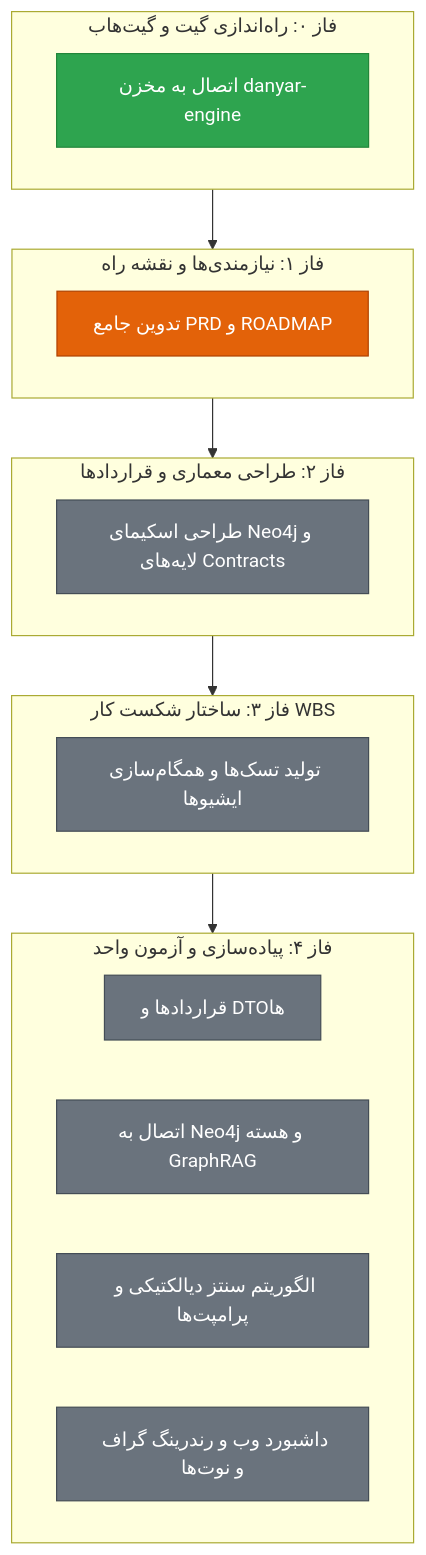
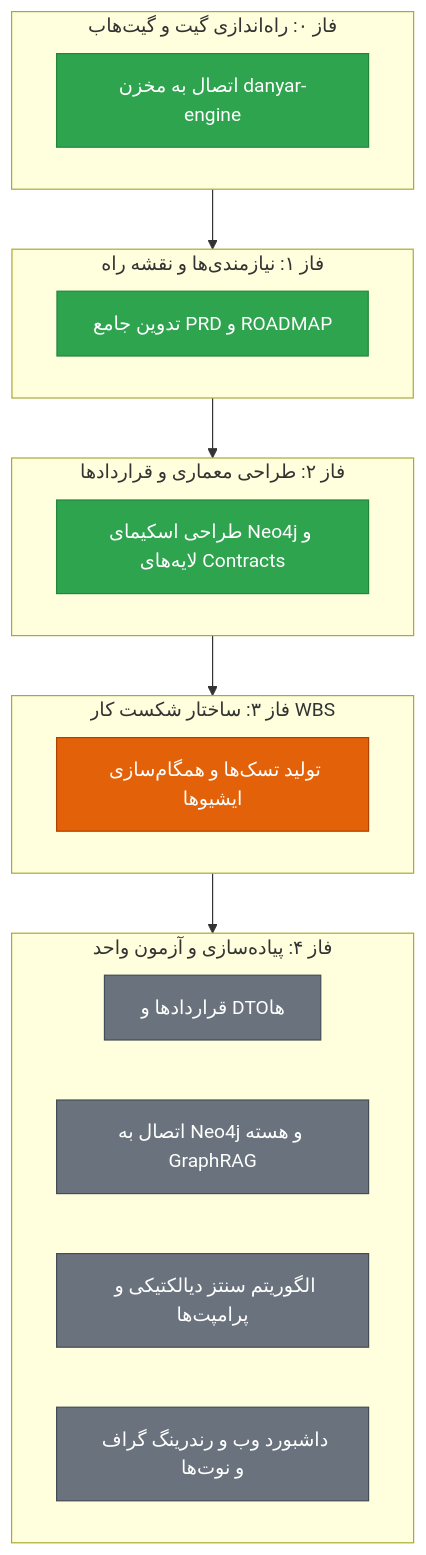
Before and after one commit to Armin-MA/danyar-engine: the second of 2 diagrams in specs/ROADMAP.md, drawn with Mermaid. The commit also changed other lines of this file and 1 other file, not shown here.

Commit message:
docs(specs): finalize architecture and contracts at Gate 2

````diff
--- a/specs/ROADMAP.md
+++ b/specs/ROADMAP.md
@@ -42,31 +42,31 @@
 ```mermaid
 flowchart TD
     classDef done fill:#2ea44f,stroke:#22863a,color:#fff
     classDef active fill:#e36209,stroke:#b04100,color:#fff
     classDef pending fill:#6a737d,stroke:#444d56,color:#fff
 
     subgraph Phase0["فاز ۰: راه‌اندازی گیت و گیت‌هاب"]
         G0["اتصال به مخزن danyar-engine"]:::done
     end
 
     subgraph Phase1["فاز ۱: نیازمندی‌ها و نقشه راه"]
-        P1["تدوین جامع PRD و ROADMAP"]:::active
+        P1["تدوین جامع PRD و ROADMAP"]:::done
     end
 
     subgraph Phase2["فاز ۲: طراحی معماری و قراردادها"]
-        P2["طراحی اسکیمای Neo4j و لایه‌های Contracts"]:::pending
+        P2["طراحی اسکیمای Neo4j و لایه‌های Contracts"]:::done
     end
 
     subgraph Phase3["فاز ۳: ساختار شکست کار WBS"]
-        P3["تولید تسک‌ها و همگام‌سازی ایشیوها"]:::pending
+        P3["تولید تسک‌ها و همگام‌سازی ایشیوها"]:::active
     end
 
     subgraph Phase4["فاز ۴: پیاده‌سازی و آزمون واحد"]
         T1["قراردادها و DTOها"]:::pending
         T2["اتصال به Neo4j و هسته GraphRAG"]:::pending
         T3["الگوریتم سنتز دیالکتیکی و پرامپت‌ها"]:::pending
         T4["داشبورد وب و رندرینگ گراف و نوت‌ها"]:::pending
     end
 
     Phase0 --> Phase1 --> Phase2 --> Phase3 --> Phase4
 ```
````
